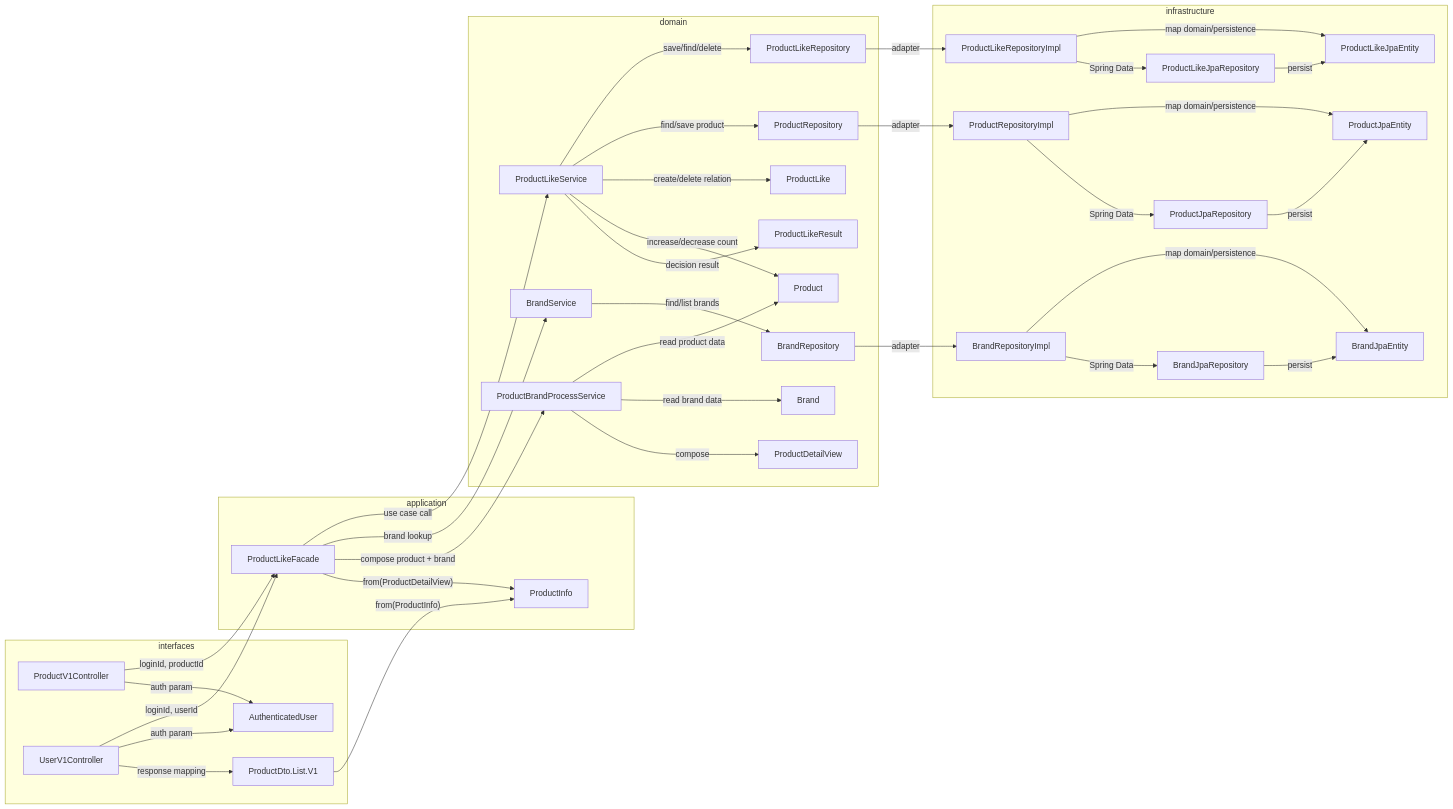
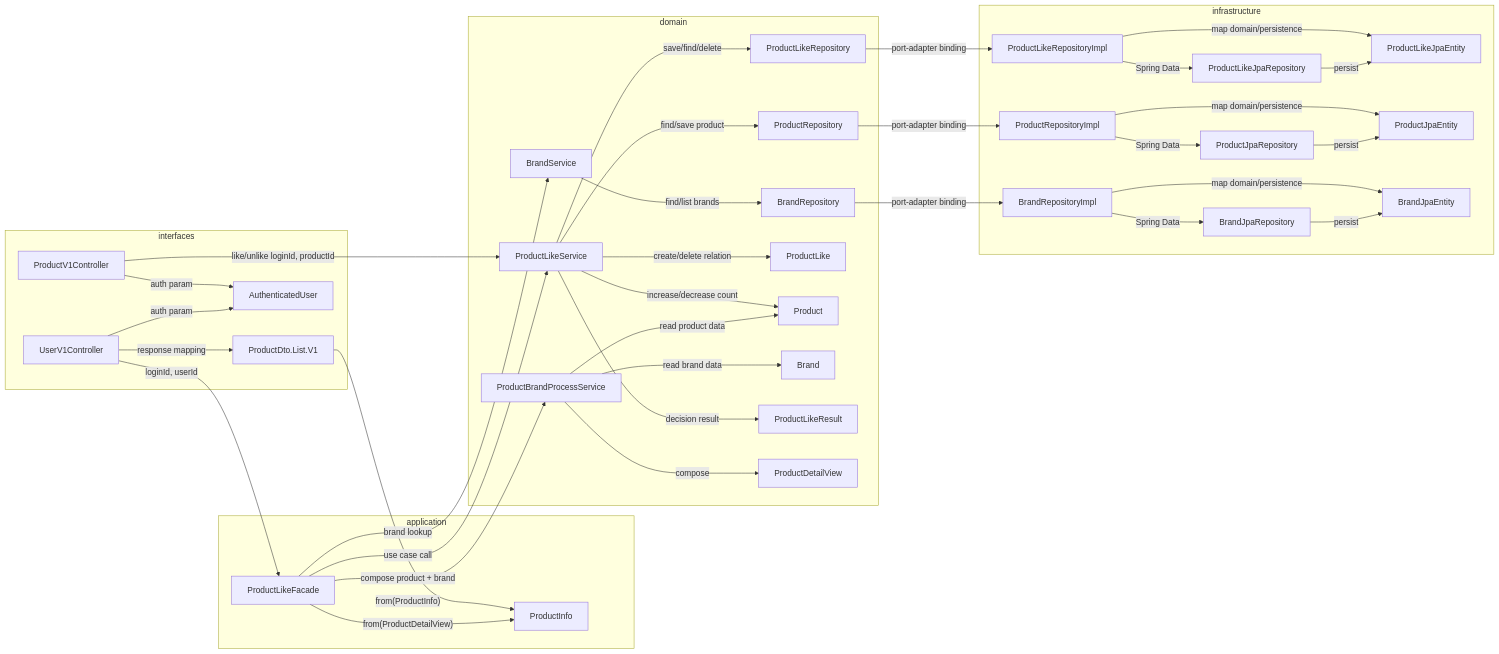
One commit to loopers-labs/loop-pack-be-l2-vol4-java changed the fourth of 6 diagrams in docs/week3/01-api-dependency-structure.md. Above: the diagram before and after it, drawn with Mermaid. The commit also changed other lines of this file and 2 other files, not shown here.

````diff
--- a/docs/week3/01-api-dependency-structure.md
+++ b/docs/week3/01-api-dependency-structure.md
@@ -227,75 +239,75 @@
 ```mermaid
 flowchart LR
     subgraph interfaces
         ProductV1Controller
         UserV1Controller
         ProductDto["ProductDto.List.V1"]
         AuthenticatedUser
     end
 
     subgraph application
         ProductLikeFacade
         ProductInfo
     end
 
     subgraph domain
         ProductLikeService
         ProductLikeRepository
         ProductRepository
         BrandService
         BrandRepository
         ProductBrandProcessService
         ProductLike
         Product
         Brand
         ProductLikeResult
         ProductDetailView
     end
 
     subgraph infrastructure
         ProductLikeRepositoryImpl
         ProductLikeJpaRepository
         ProductLikeJpaEntity
         ProductRepositoryImpl
         ProductJpaRepository
         ProductJpaEntity
         BrandRepositoryImpl
         BrandJpaRepository
         BrandJpaEntity
     end
 
-    ProductV1Controller -->|"loginId, productId"| ProductLikeFacade
+    ProductV1Controller -->|"like/unlike loginId, productId"| ProductLikeService
     UserV1Controller -->|"loginId, userId"| ProductLikeFacade
     ProductV1Controller -->|"auth param"| AuthenticatedUser
     UserV1Controller -->|"auth param"| AuthenticatedUser
     UserV1Controller -->|"response mapping"| ProductDto
     ProductDto -->|"from(ProductInfo)"| ProductInfo
 
     ProductLikeFacade -->|"use case call"| ProductLikeService
     ProductLikeFacade -->|"brand lookup"| BrandService
     ProductLikeFacade -->|"compose product + brand"| ProductBrandProcessService
     ProductLikeFacade -->|"from(ProductDetailView)"| ProductInfo
 
     ProductLikeService -->|"save/find/delete"| ProductLikeRepository
     ProductLikeService -->|"find/save product"| ProductRepository
     ProductLikeService -->|"create/delete relation"| ProductLike
     ProductLikeService -->|"increase/decrease count"| Product
     ProductLikeService -->|"decision result"| ProductLikeResult
     ProductBrandProcessService -->|"read product data"| Product
     ProductBrandProcessService -->|"read brand data"| Brand
     ProductBrandProcessService -->|"compose"| ProductDetailView
     BrandService -->|"find/list brands"| BrandRepository
 
-    ProductLikeRepository -->|"adapter"| ProductLikeRepositoryImpl
+    ProductLikeRepository -->|"port-adapter binding"| ProductLikeRepositoryImpl
     ProductLikeRepositoryImpl -->|"map domain/persistence"| ProductLikeJpaEntity
     ProductLikeRepositoryImpl -->|"Spring Data"| ProductLikeJpaRepository
     ProductLikeJpaRepository -->|"persist"| ProductLikeJpaEntity
-    ProductRepository -->|"adapter"| ProductRepositoryImpl
+    ProductRepository -->|"port-adapter binding"| ProductRepositoryImpl
     ProductRepositoryImpl -->|"map domain/persistence"| ProductJpaEntity
     ProductRepositoryImpl -->|"Spring Data"| ProductJpaRepository
     ProductJpaRepository -->|"persist"| ProductJpaEntity
-    BrandRepository -->|"adapter"| BrandRepositoryImpl
+    BrandRepository -->|"port-adapter binding"| BrandRepositoryImpl
     BrandRepositoryImpl -->|"map domain/persistence"| BrandJpaEntity
     BrandRepositoryImpl -->|"Spring Data"| BrandJpaRepository
     BrandJpaRepository -->|"persist"| BrandJpaEntity
 ```
````
